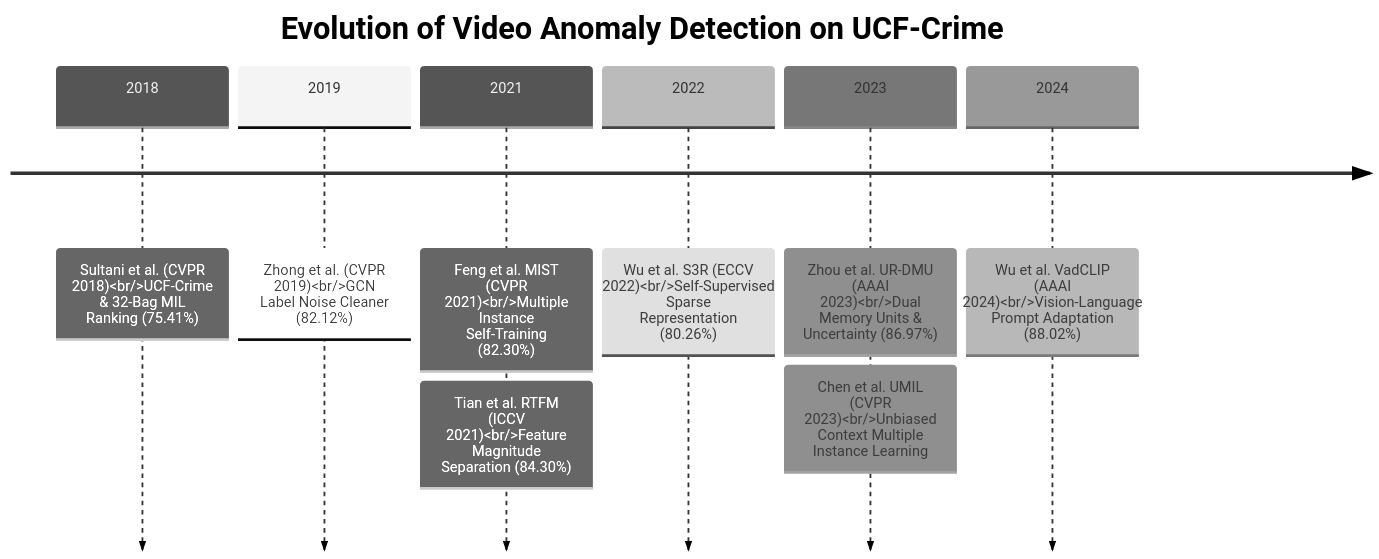
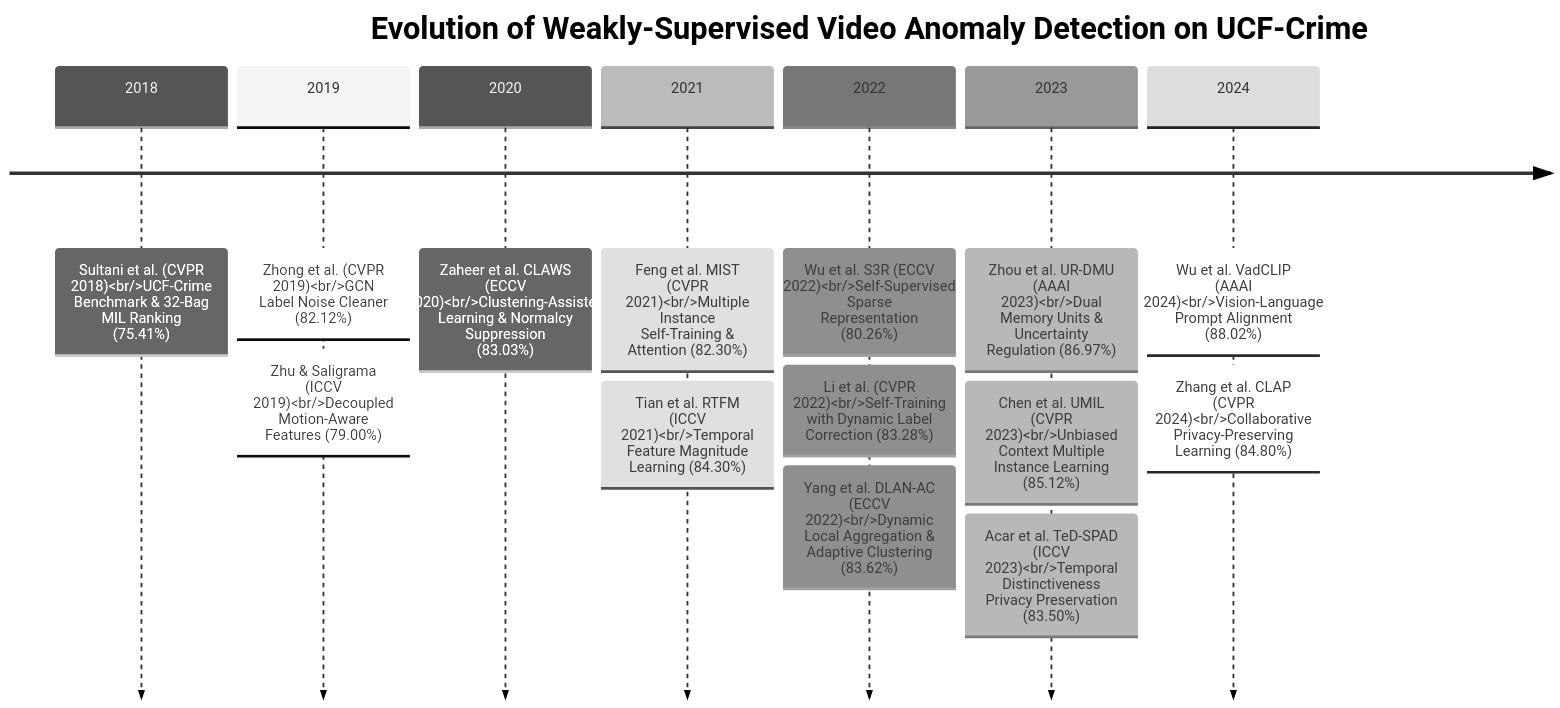
The first of 2 diagrams in references/research_papers_and_gap_analysis.md (areenthomas/Real-Time-Intelligent-Video-Surveillance-and-Anomaly-Detection), drawn with Mermaid (neutral theme) before and after one commit. The commit also changed other lines of this file and 1 other file, not shown here.

````diff
--- a/references/research_papers_and_gap_analysis.md
+++ b/references/research_papers_and_gap_analysis.md
@@ -9,12 +9,18 @@
 ```mermaid
 timeline
-    title Evolution of Video Anomaly Detection on UCF-Crime
-    2018 : Sultani et al. (CVPR 2018)<br/>UCF-Crime & 32-Bag MIL Ranking (75.41%)
+    title Evolution of Weakly-Supervised Video Anomaly Detection on UCF-Crime
+    2018 : Sultani et al. (CVPR 2018)<br/>UCF-Crime Benchmark & 32-Bag MIL Ranking (75.41%)
     2019 : Zhong et al. (CVPR 2019)<br/>GCN Label Noise Cleaner (82.12%)
-    2021 : Feng et al. MIST (CVPR 2021)<br/>Multiple Instance Self-Training (82.30%)
-         : Tian et al. RTFM (ICCV 2021)<br/>Feature Magnitude Separation (84.30%)
+         : Zhu & Saligrama (ICCV 2019)<br/>Decoupled Motion-Aware Features (79.00%)
+    2020 : Zaheer et al. CLAWS (ECCV 2020)<br/>Clustering-Assisted Learning & Normalcy Suppression (83.03%)
+    2021 : Feng et al. MIST (CVPR 2021)<br/>Multiple Instance Self-Training & Attention (82.30%)
+         : Tian et al. RTFM (ICCV 2021)<br/>Temporal Feature Magnitude Learning (84.30%)
     2022 : Wu et al. S3R (ECCV 2022)<br/>Self-Supervised Sparse Representation (80.26%)
-    2023 : Zhou et al. UR-DMU (AAAI 2023)<br/>Dual Memory Units & Uncertainty (86.97%)
-         : Chen et al. UMIL (CVPR 2023)<br/>Unbiased Context Multiple Instance Learning
-    2024 : Wu et al. VadCLIP (AAAI 2024)<br/>Vision-Language Prompt Adaptation (88.02%)
+         : Li et al. (CVPR 2022)<br/>Self-Training with Dynamic Label Correction (83.28%)
+         : Yang et al. DLAN-AC (ECCV 2022)<br/>Dynamic Local Aggregation & Adaptive Clustering (83.62%)
+    2023 : Zhou et al. UR-DMU (AAAI 2023)<br/>Dual Memory Units & Uncertainty Regulation (86.97%)
+         : Chen et al. UMIL (CVPR 2023)<br/>Unbiased Context Multiple Instance Learning (85.12%)
+         : Acar et al. TeD-SPAD (ICCV 2023)<br/>Temporal Distinctiveness Privacy Preservation (83.50%)
+    2024 : Wu et al. VadCLIP (AAAI 2024)<br/>Vision-Language Prompt Alignment (88.02%)
+         : Zhang et al. CLAP (CVPR 2024)<br/>Collaborative Privacy-Preserving Learning (84.80%)
 ```
````
